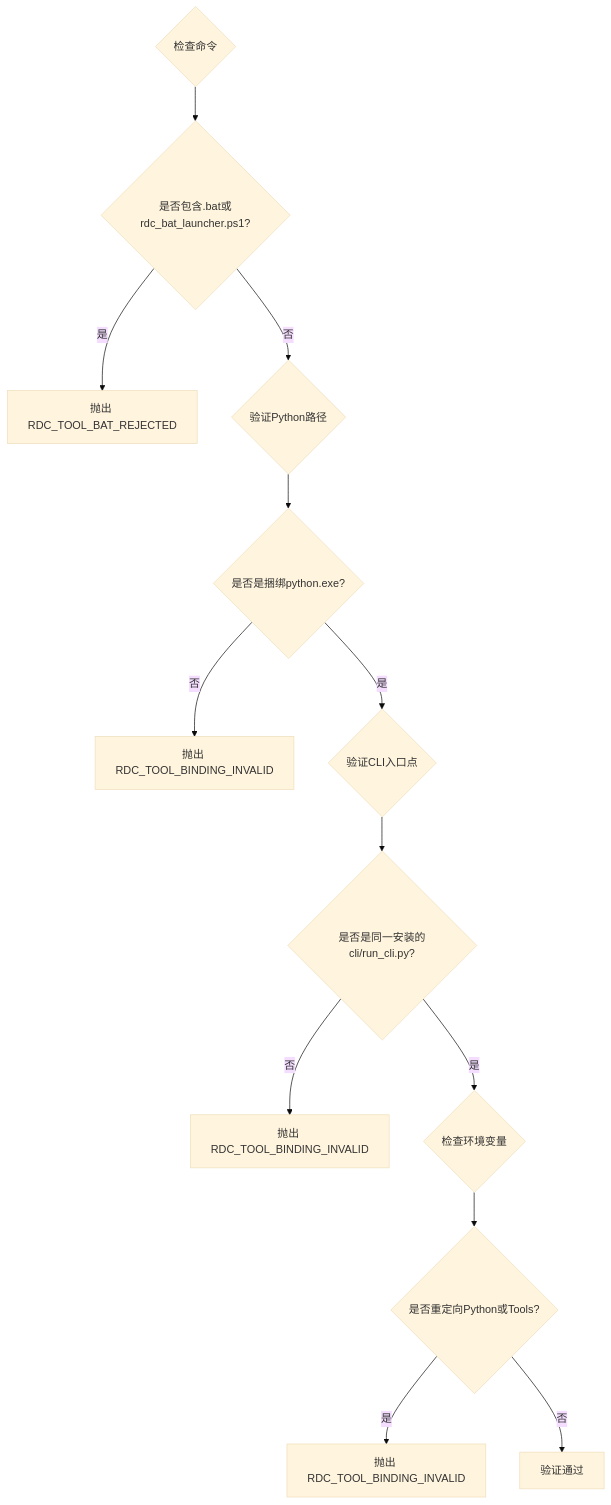
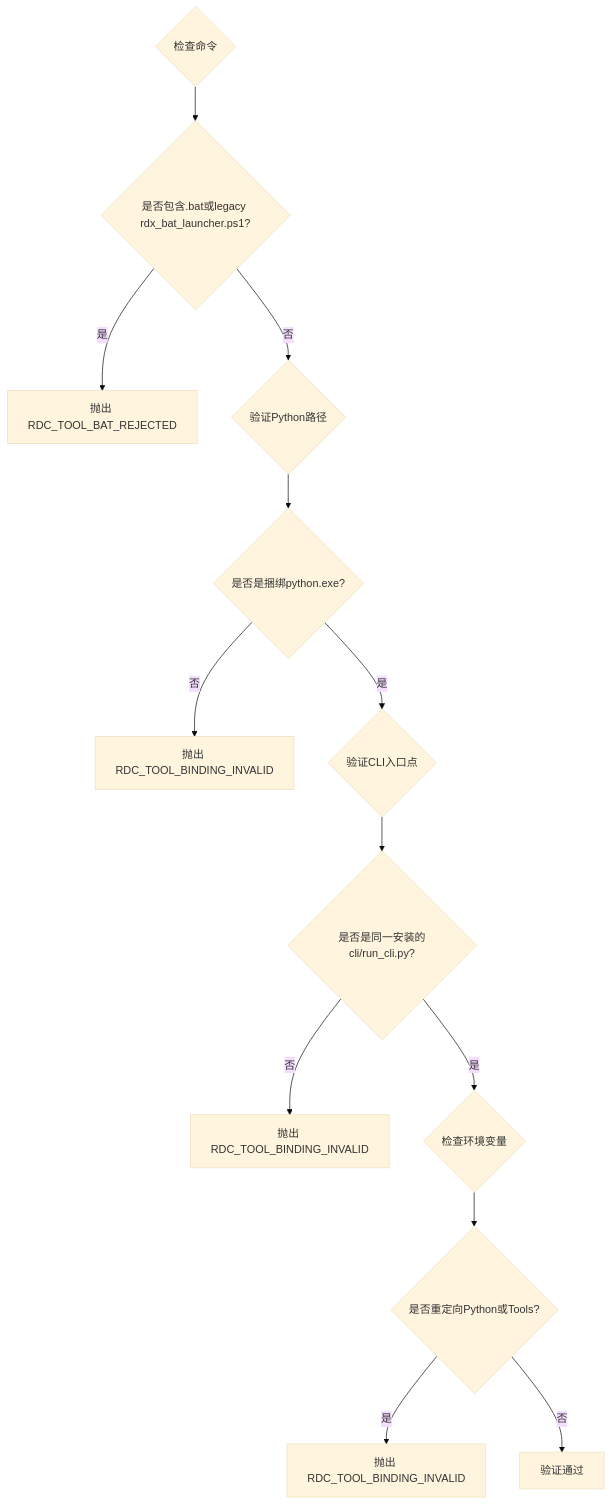
Before and after one commit to haolange/RDC-Agent: the fourth of 7 diagrams in .qoder/repowiki/zh/content/核心模块/工具系统/RDX CLI 调用器.md, drawn with Mermaid (base theme). The commit also changed other lines of this file and 18 other files, not shown here.

````diff
--- a/.qoder/repowiki/zh/content/核心模块/工具系统/RDX CLI 调用器.md
+++ b/.qoder/repowiki/zh/content/核心模块/工具系统/RDX CLI 调用器.md
@@ -194,15 +194,15 @@
 ```mermaid
 flowchart TD
-CheckCommand{"检查命令"} --> BatReject{"是否包含.bat或rdc_bat_launcher.ps1?"}
+CheckCommand{"检查命令"} --> BatReject{"是否包含.bat或legacy rdx_bat_launcher.ps1?"}
 BatReject --> |是| RejectBat["抛出 RDC_TOOL_BAT_REJECTED"]
 BatReject --> |否| CheckPython{"验证Python路径"}
 CheckPython --> PythonValid{"是否是捆绑python.exe?"}
 PythonValid --> |否| RejectPython["抛出 RDC_TOOL_BINDING_INVALID"]
 PythonValid --> |是| CheckEntry{"验证CLI入口点"}
 CheckEntry --> EntryValid{"是否是同一安装的cli/run_cli.py?"}
 EntryValid --> |否| RejectEntry["抛出 RDC_TOOL_BINDING_INVALID"]
 EntryValid --> |是| CheckEnv{"检查环境变量"}
 CheckEnv --> EnvValid{"是否重定向Python或Tools?"}
 EnvValid --> |是| RejectEnv["抛出 RDC_TOOL_BINDING_INVALID"]
 EnvValid --> |否| Pass["验证通过"]
 ```
````
